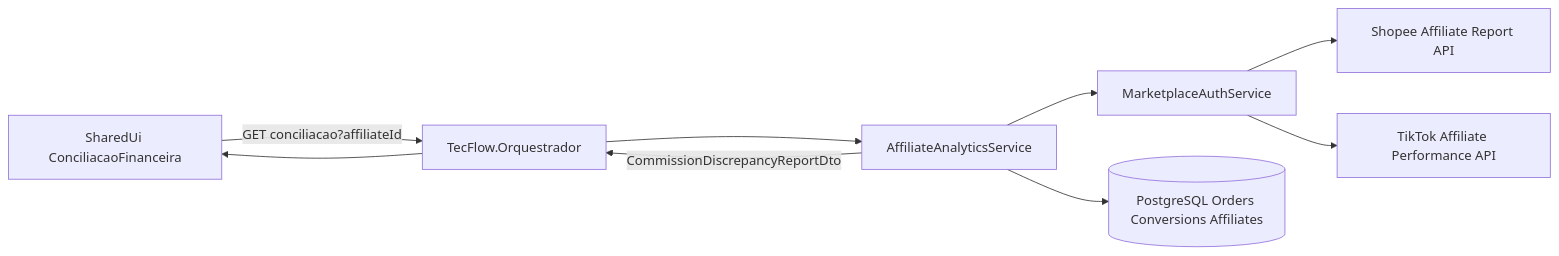
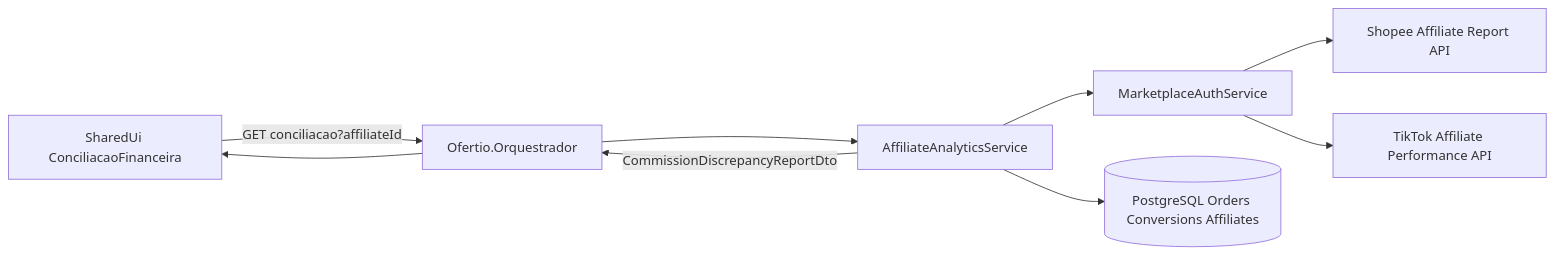
The tenth of 29 diagrams in docs/DIAGRAMAS_ARQUITETURA.md (ronyaraujodeveloper/TecFlow), drawn with Mermaid before and after one commit. The commit also changed other lines of this file and 2495 other files, not shown here.

First line of the commit message:
refactor!: migra marca TecFlow para Ofertio

````diff
--- a/docs/DIAGRAMAS_ARQUITETURA.md
+++ b/docs/DIAGRAMAS_ARQUITETURA.md
@@ -1185,19 +1188,19 @@
 ```mermaid
 flowchart LR
   UI[SharedUi ConciliacaoFinanceira]
-  ORQ[TecFlow.Orquestrador]
+  ORQ[Ofertio.Orquestrador]
   SVC[AffiliateAnalyticsService]
   AUTH[MarketplaceAuthService]
   SHP[Shopee Affiliate Report API]
   TTS[TikTok Affiliate Performance API]
   DB[(PostgreSQL Orders Conversions Affiliates)]
 
   UI -->|GET conciliacao?affiliateId| ORQ
   ORQ --> SVC
   SVC --> AUTH
   AUTH --> SHP
   AUTH --> TTS
   SVC --> DB
   SVC -->|CommissionDiscrepancyReportDto| ORQ
   ORQ --> UI
 ```
````
